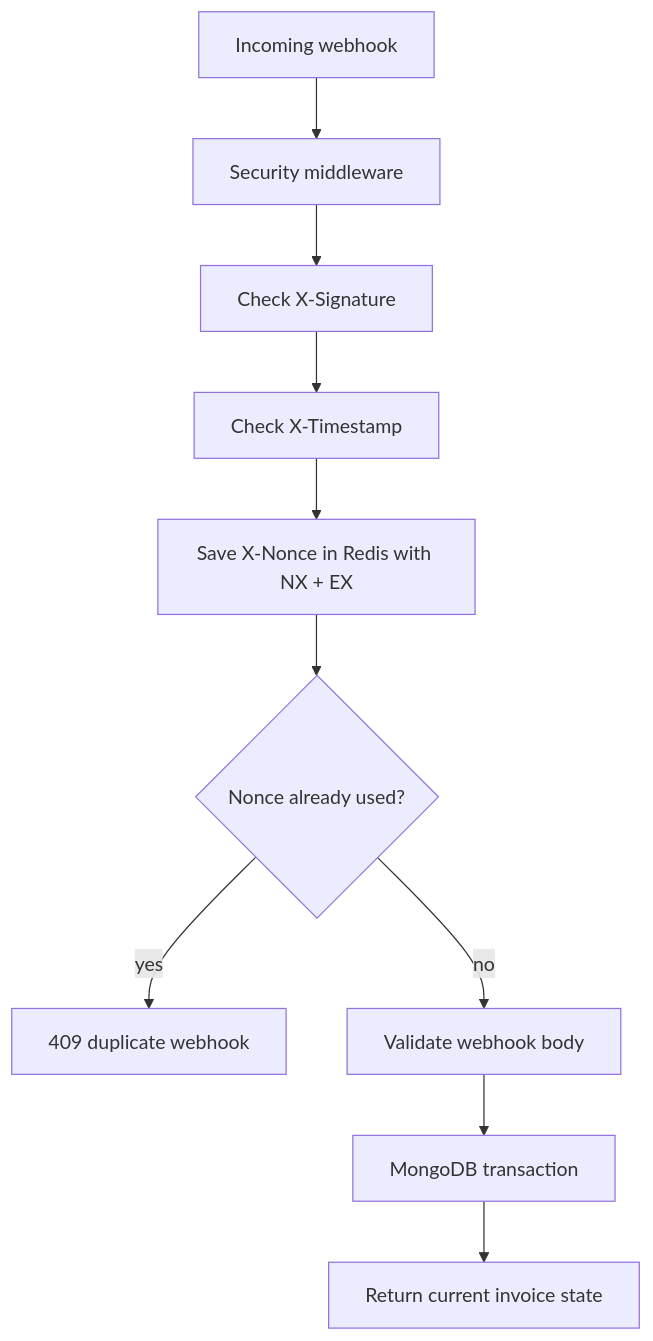
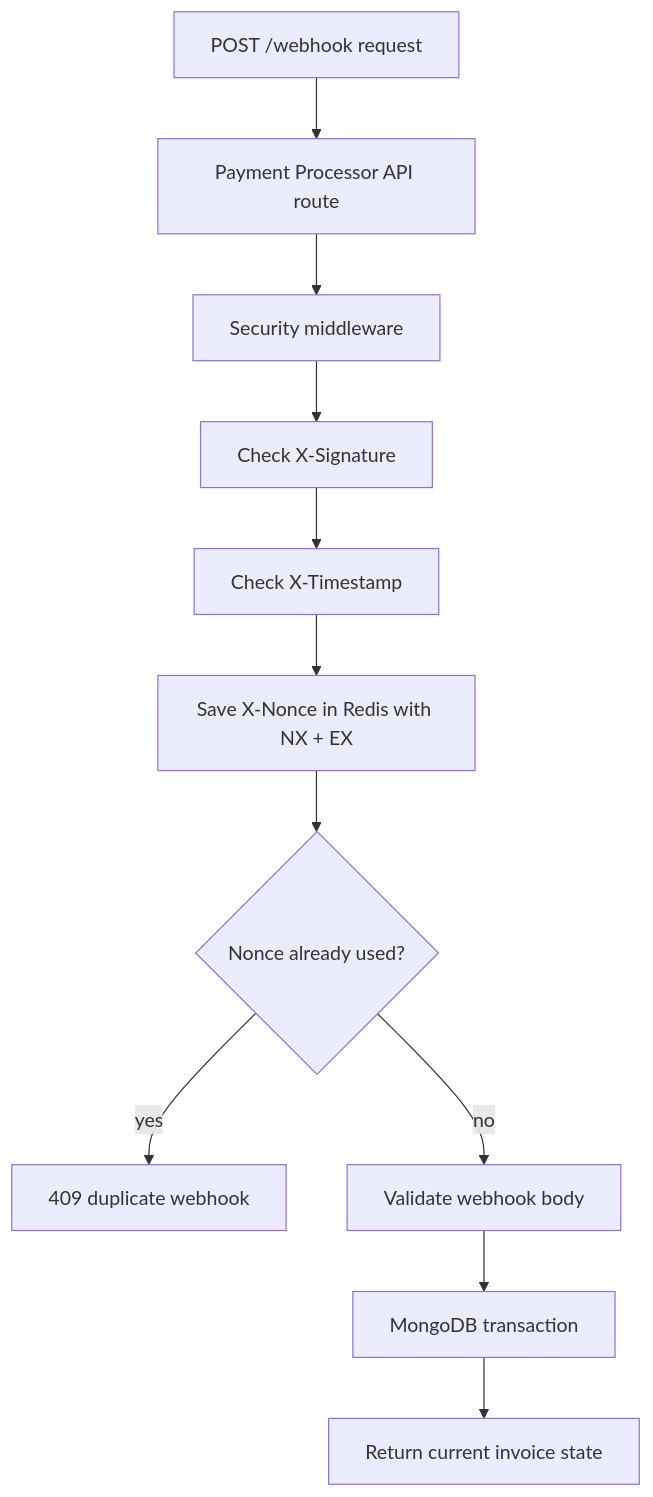
The second of 2 diagrams in README.md (nbenliogludev/payment-processor), drawn with Mermaid before and after one commit. The commit also changed other lines of this file, not shown here.

Commit message:
Clarify webhook flow diagram

````diff
--- a/README.md
+++ b/README.md
@@ -183,12 +201,13 @@
 ```mermaid
 flowchart TD
-  request["Incoming webhook"] --> middleware["Security middleware"]
+  request["POST /webhook request"] --> route["Payment Processor API route"]
+  route --> middleware["Security middleware"]
   middleware --> signature["Check X-Signature"]
   signature --> timestamp["Check X-Timestamp"]
   timestamp --> nonce["Save X-Nonce in Redis with NX + EX"]
   nonce --> duplicate{"Nonce already used?"}
   duplicate -->|"yes"| reject["409 duplicate webhook"]
   duplicate -->|"no"| validation["Validate webhook body"]
   validation --> transaction["MongoDB transaction"]
   transaction --> result["Return current invoice state"]
 ```
````
